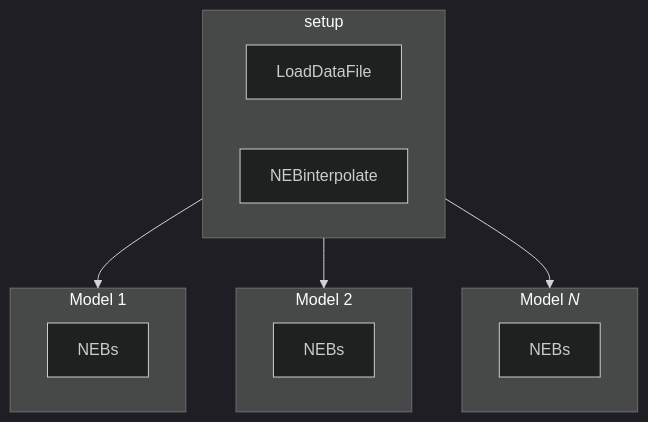
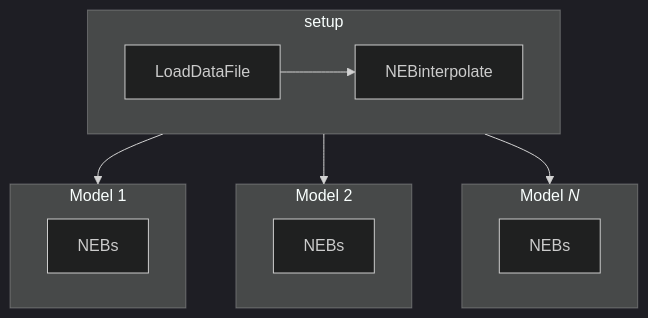
One commit to basf/mlipx changed the diagram in docs/source/recipes/neb.rst. Above: the diagram before and after it, drawn with Mermaid (dark theme).

Commit message:
update graph

```diff
--- a/docs/source/recipes/neb.rst
+++ b/docs/source/recipes/neb.rst
@@ -11,20 +11,20 @@
 .. mermaid::
    :align: center
 
    graph TD
       subgraph setup
-         setup1["LoadDataFile"]
-         setup2["NEBinterpolate"]
+         setup1["LoadDataFile"] --> setup2["NEBinterpolate"]
+
       end
       subgraph mg1["Model 1"]
          m1["NEBs"]
       end
       subgraph mg2["Model 2"]
          m2["NEBs"]
       end
       subgraph mgn["Model <i>N</i>"]
          m3["NEBs"]
       end
       setup --> mg1
       setup --> mg2
       setup --> mgn
```
